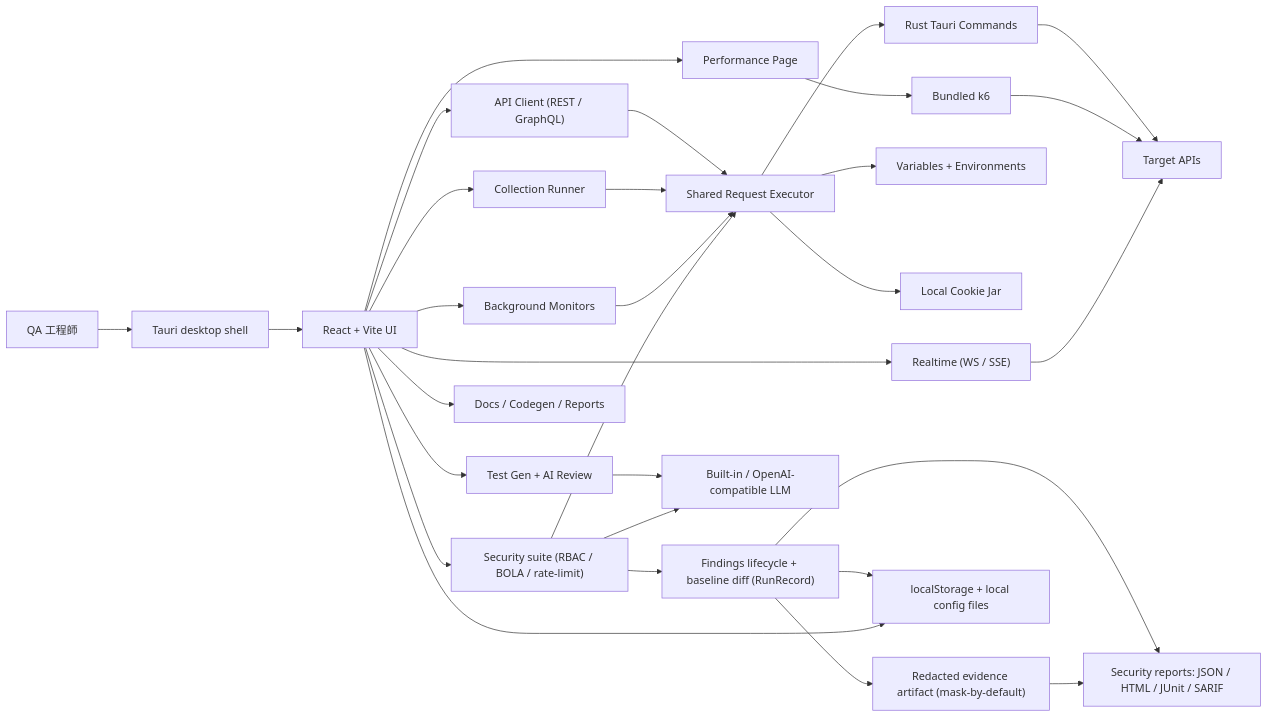
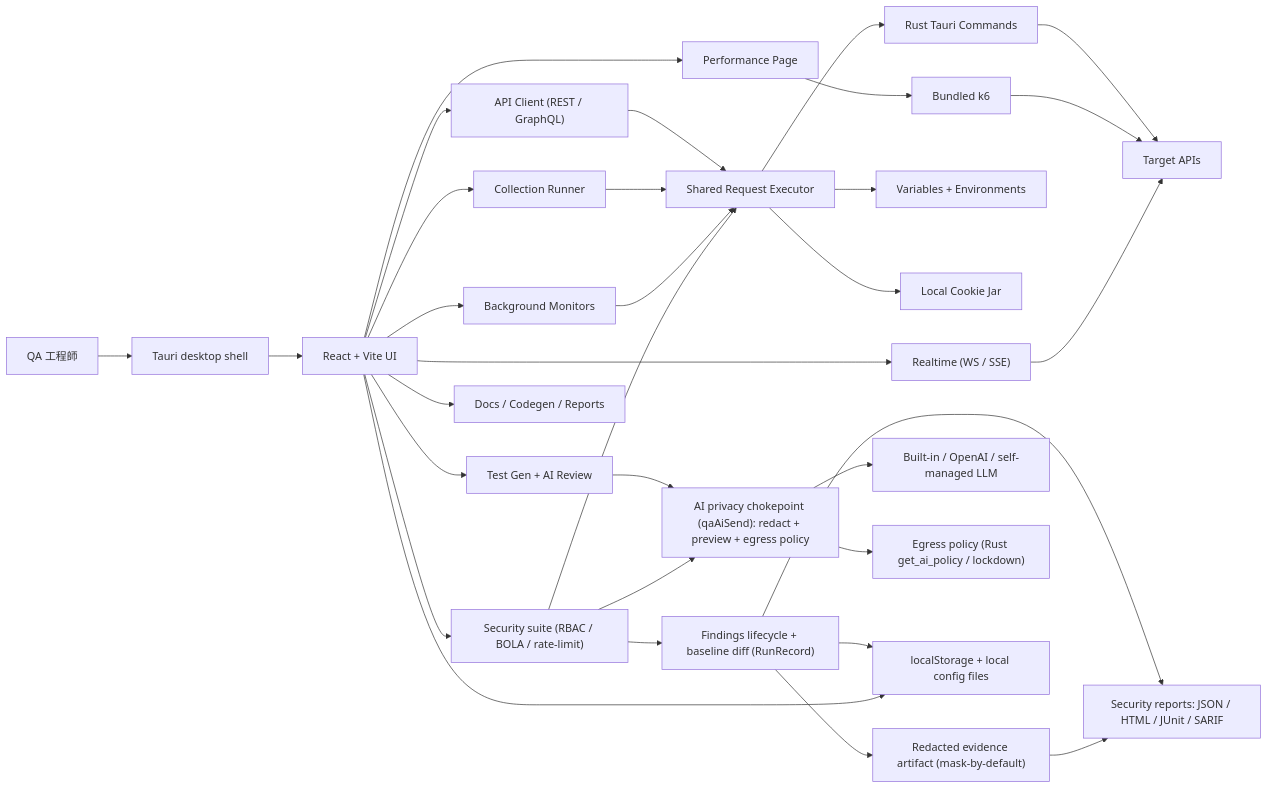
The diagram in README.zh-TW.md (asdfghj1237890/qa-touchstone), drawn with Mermaid before and after one commit. The commit also changed other lines of this file and 1 other file, not shown here.

First line of the commit message:
docs(ai-privacy): document AI Privacy Mode in README + architecture diagram

````diff
--- a/README.zh-TW.md
+++ b/README.zh-TW.md
@@ -94,38 +103,40 @@
 ```mermaid
 flowchart LR
   User["QA 工程師"] --> Shell["Tauri desktop shell"]
   Shell --> UI["React + Vite UI"]
 
   UI --> Client["API Client (REST / GraphQL)"]
   UI --> Runner["Collection Runner"]
   UI --> Security["Security suite (RBAC / BOLA / rate-limit)"]
   UI --> Monitors["Background Monitors"]
   UI --> Perf["Performance Page"]
   UI --> AI["Test Gen + AI Review"]
   UI --> Realtime["Realtime (WS / SSE)"]
   UI --> Docs["Docs / Codegen / Reports"]
 
   Client --> Executor["Shared Request Executor"]
   Runner --> Executor
   Monitors --> Executor
   Security --> Executor
 
   Security --> Findings["Findings lifecycle + baseline diff (RunRecord)"]
   Findings --> Evidence["Redacted evidence artifact (mask-by-default)"]
   Findings --> Reports["Security reports: JSON / HTML / JUnit / SARIF"]
   Evidence --> Reports
 
   Executor --> Vars["Variables + Environments"]
   Executor --> Cookies["Local Cookie Jar"]
   Executor --> Rust["Rust Tauri Commands"]
   Rust --> APIs["Target APIs"]
 
   Perf --> K6["Bundled k6"]
   K6 --> APIs
   Realtime --> APIs
 
-  AI --> LLM["Built-in / OpenAI-compatible LLM"]
-  Security --> LLM
+  AI --> AIGate["AI privacy chokepoint (qaAiSend): redact + preview + egress policy"]
+  Security --> AIGate
+  AIGate --> LLM["Built-in / OpenAI / self-managed LLM"]
+  AIGate --> AIPolicy["Egress policy (Rust get_ai_policy / lockdown)"]
   Findings --> Storage["localStorage + local config files"]
   UI --> Storage
 ```
````
